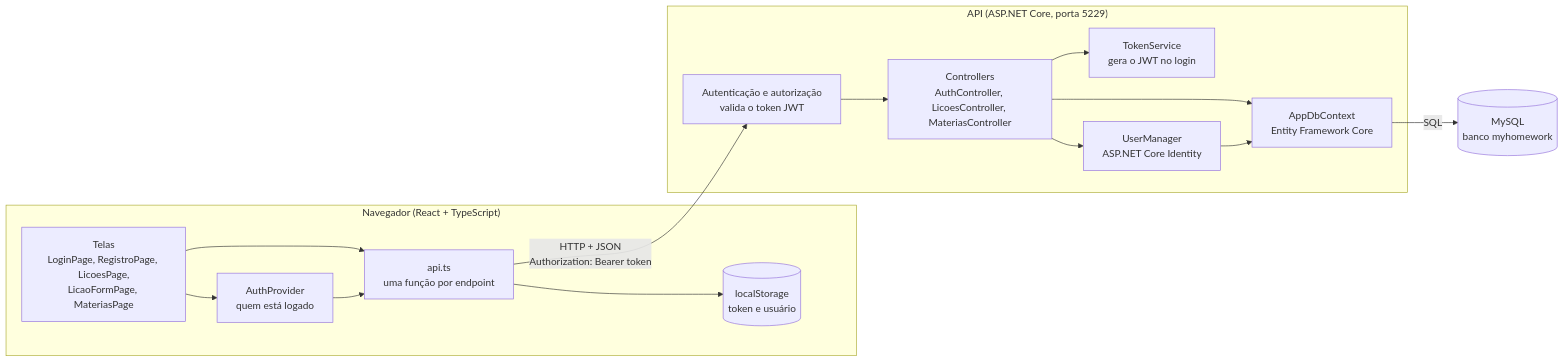
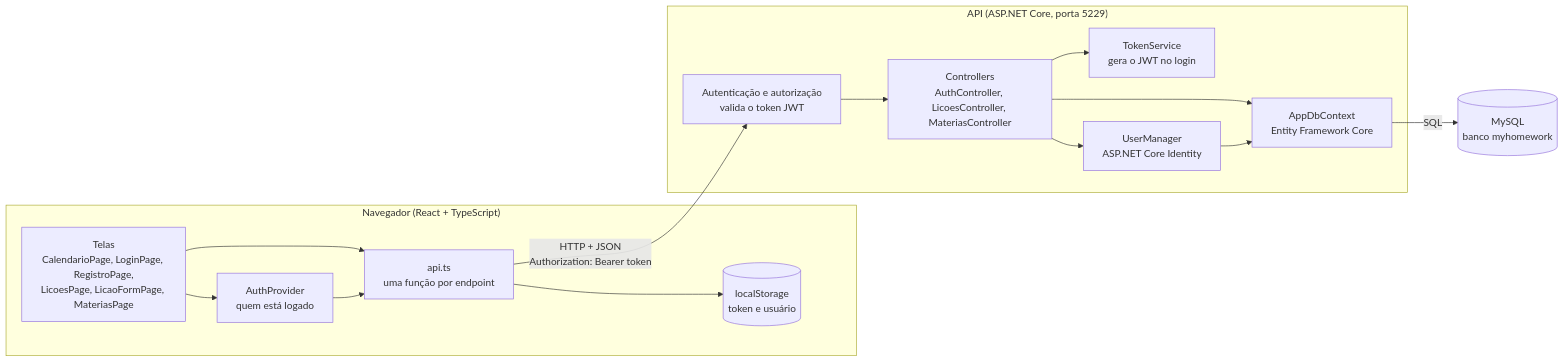
One commit to bfabbio90/Licao-em-Dia changed the first of 2 diagrams in README.md. Above: the diagram before and after it, drawn with Mermaid. The commit also changed other lines of this file, not shown here.

Commit message:
docs: document calendar page and update app infos

````diff
--- a/README.md
+++ b/README.md
@@ -81,31 +101,31 @@
 ```mermaid
 flowchart LR
     subgraph Navegador["Navegador (React + TypeScript)"]
-        Telas["Telas<br/>LoginPage, RegistroPage, LicoesPage,<br/>LicaoFormPage, MateriasPage"]
+        Telas["Telas<br/>CalendarioPage, LoginPage, RegistroPage,<br/>LicoesPage, LicaoFormPage, MateriasPage"]
         AuthCtx["AuthProvider<br/>quem está logado"]
         Api["api.ts<br/>uma função por endpoint"]
         Sessao[("localStorage<br/>token e usuário")]
         Telas --> AuthCtx
         Telas --> Api
         AuthCtx --> Api
         Api --> Sessao
     end
 
     subgraph Servidor["API (ASP.NET Core, porta 5229)"]
         Auth["Autenticação e autorização<br/>valida o token JWT"]
         Controllers["Controllers<br/>AuthController, LicoesController, MateriasController"]
         Token["TokenService<br/>gera o JWT no login"]
         Identity["UserManager<br/>ASP.NET Core Identity"]
         Contexto["AppDbContext<br/>Entity Framework Core"]
         Auth --> Controllers
         Controllers --> Token
         Controllers --> Identity
         Controllers --> Contexto
         Identity --> Contexto
     end
 
     Banco[("MySQL<br/>banco myhomework")]
 
     Api -- "HTTP + JSON<br/>Authorization: Bearer token" --> Auth
     Contexto -- "SQL" --> Banco
 ```
````
